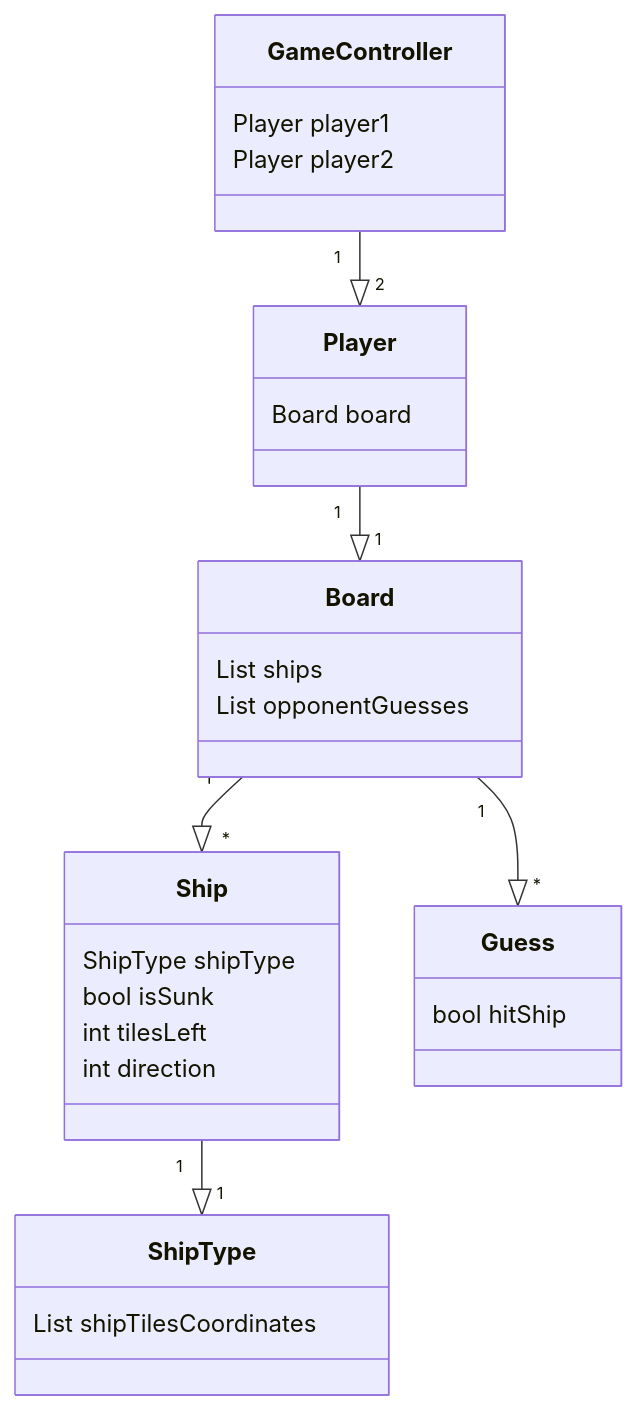
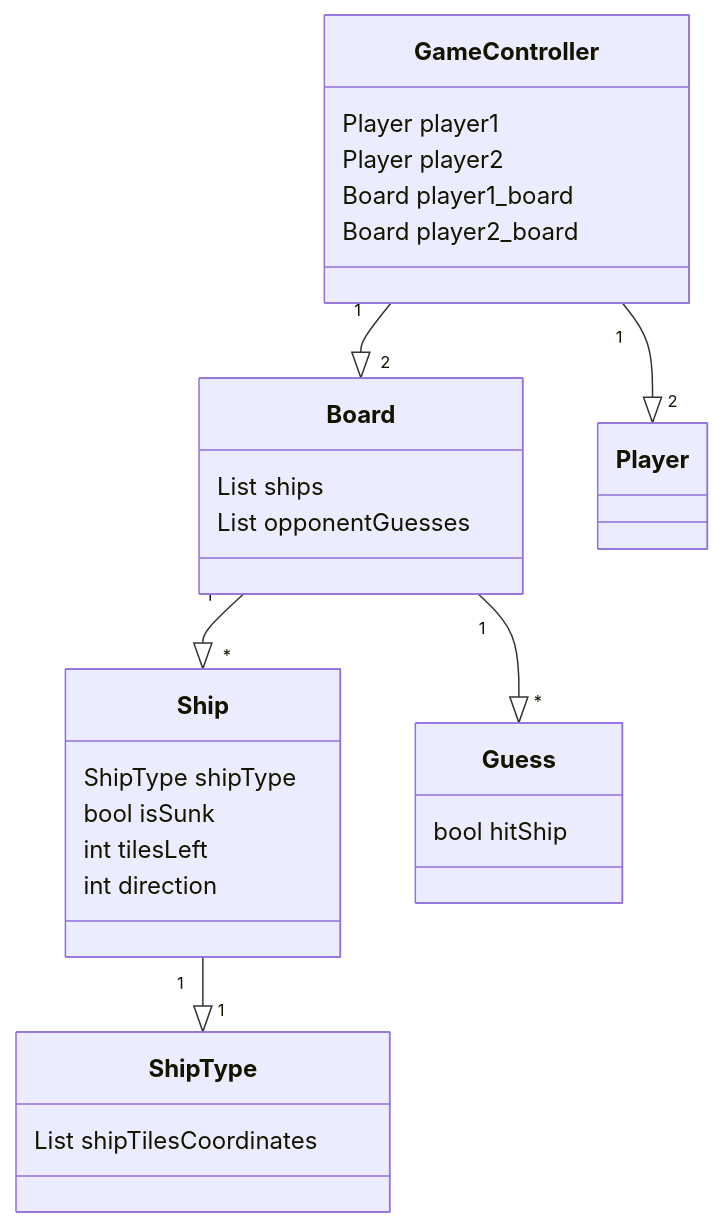
One commit to BlueShiftButterfly/Ohjelmistotekniikka changed the diagram in laivanupotuspeli/dokumentaatio/arkkitehtuuri.md. Above: the diagram before and after it, drawn with Mermaid.

````diff
--- a/laivanupotuspeli/dokumentaatio/arkkitehtuuri.md
+++ b/laivanupotuspeli/dokumentaatio/arkkitehtuuri.md
@@ -5,33 +5,35 @@
 ```mermaid
  classDiagram
 
-    Player "1" --|> "1" Board
     Board "1" --|> "*" Ship
     Board "1" --|> "*" Guess
     GameController "1" --|> "2" Player
+    GameController "1" --|> "2" Board
     Ship "1" --|> "1" ShipType
 
     class Guess{
         bool hitShip
     }
     class Player{
-        Board board
+        
     }
     class Ship{
         ShipType shipType
         bool isSunk
         int tilesLeft
         int direction
     }
     class Board{
         List<Ship> ships
         List<Guess> opponentGuesses
     }
     class GameController {
         Player player1        
         Player player2
+        Board player1_board
+        Board player2_board
     }
     class ShipType{
         List<tuple> shipTilesCoordinates
     }
 ```
````
